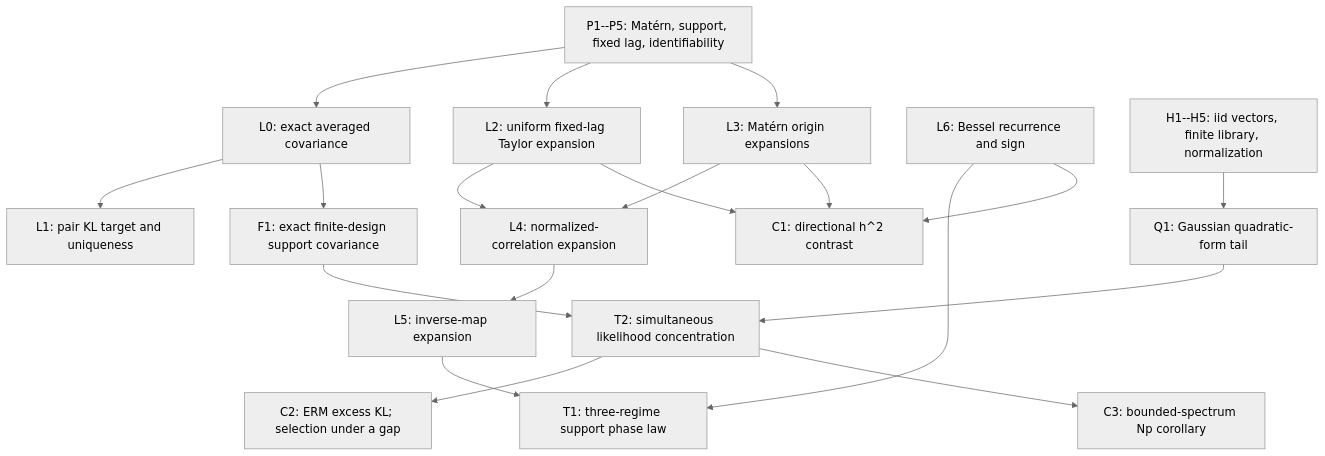
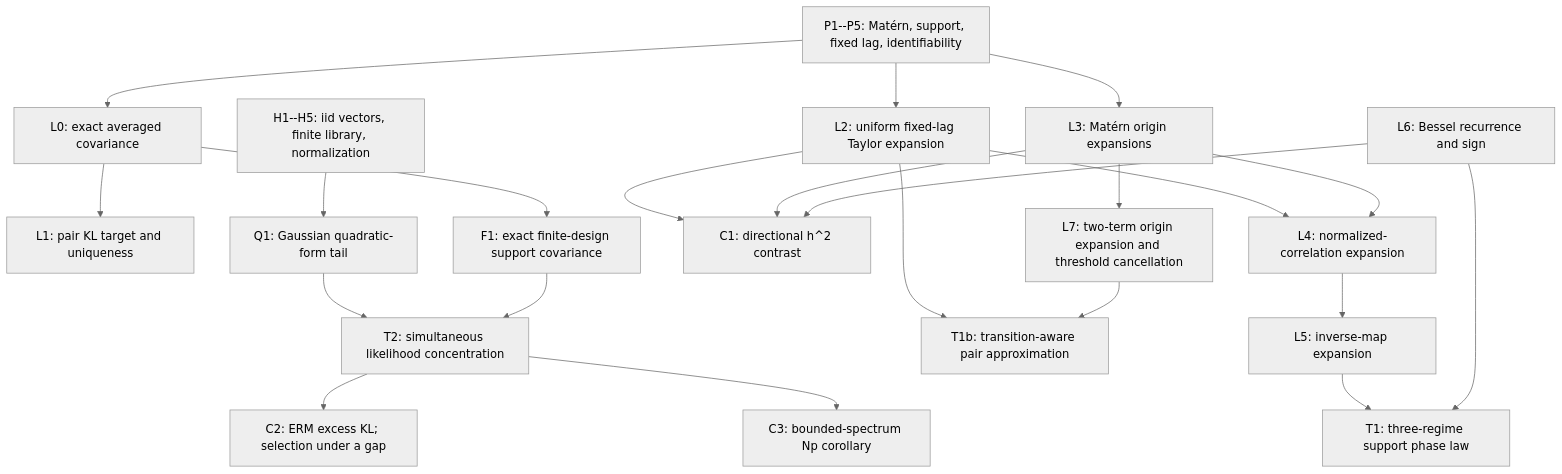
Before and after one commit to Sasha-Cui/HighDimSpatialStatistics: the diagram in docs/research/THEORY_DEPENDENCY_MAP.md, drawn with Mermaid (neutral theme). The commit also changed other lines of this file and 8 other files, not shown here.

Commit message:
Add transition-aware Matérn support approximation

````diff
--- a/docs/research/THEORY_DEPENDENCY_MAP.md
+++ b/docs/research/THEORY_DEPENDENCY_MAP.md
@@ -98,34 +98,39 @@
 ```mermaid
 flowchart TD
   P["P1--P5: Matérn, support, fixed lag, identifiability"]
   L0["L0: exact averaged covariance"]
   L1["L1: pair KL target and uniqueness"]
   L2["L2: uniform fixed-lag Taylor expansion"]
   L3["L3: Matérn origin expansions"]
   L4["L4: normalized-correlation expansion"]
   L5["L5: inverse-map expansion"]
   L6["L6: Bessel recurrence and sign"]
   T1["T1: three-regime support phase law"]
+  L7["L7: two-term origin expansion and threshold cancellation"]
+  T1b["T1b: transition-aware pair approximation"]
   C1["C1: directional h^2 contrast"]
   F1["F1: exact finite-design support covariance"]
   H["H1--H5: iid vectors, finite library, normalization"]
   Q1["Q1: Gaussian quadratic-form tail"]
   T2["T2: simultaneous likelihood concentration"]
   C2["C2: ERM excess KL; selection under a gap"]
   C3["C3: bounded-spectrum Np corollary"]
 
   P --> L0 --> L1
   P --> L2
   P --> L3
   L2 --> L4
   L3 --> L4 --> L5
   L5 --> T1
   L6 --> T1
+  L3 --> L7
+  L2 --> T1b
+  L7 --> T1b
   L2 --> C1
   L3 --> C1
   L6 --> C1
   L0 --> F1
   H --> Q1 --> T2 --> C2
   T2 --> C3
   F1 --> T2
 ```
````
